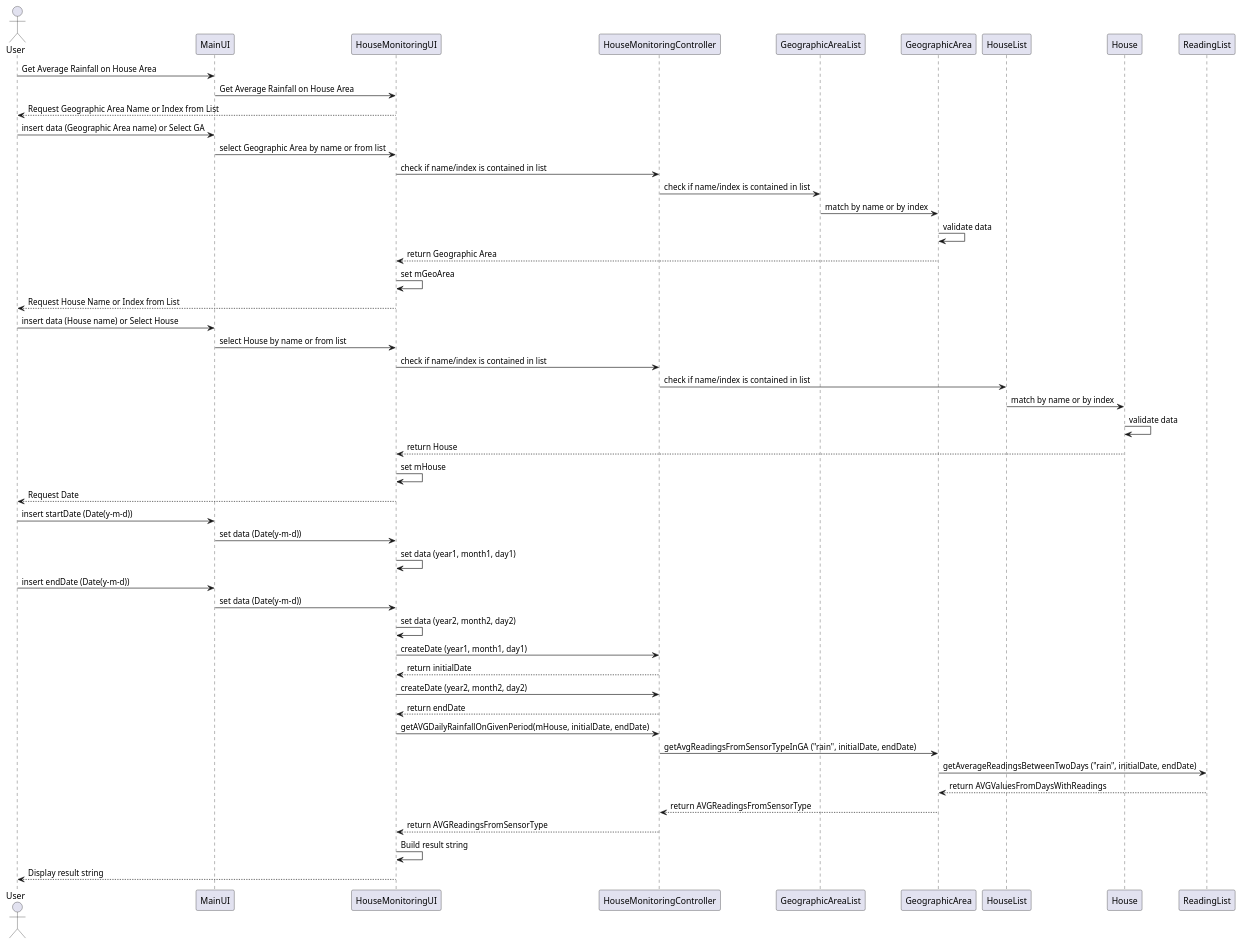
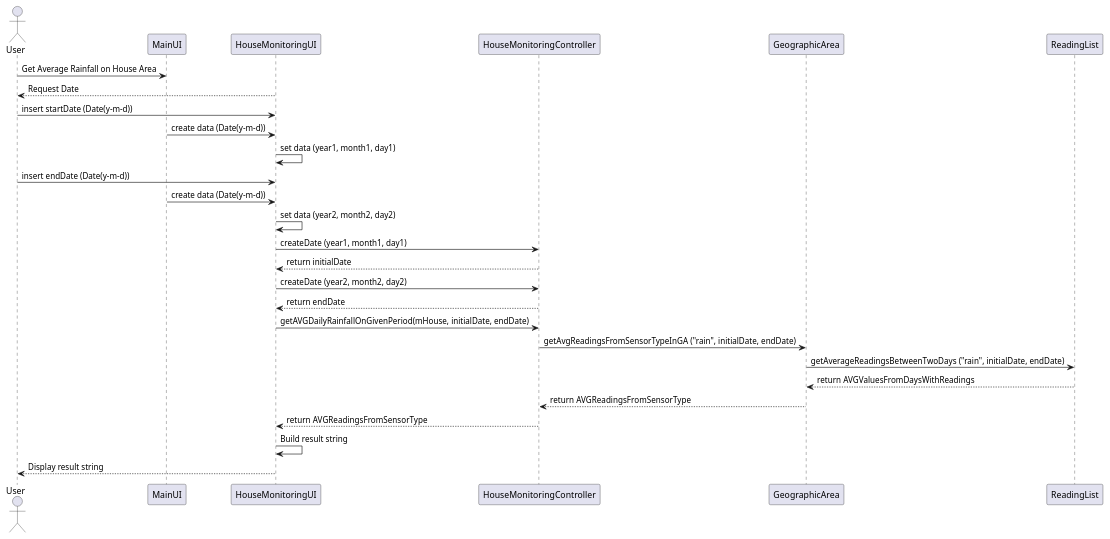
One commit to Almadanmp/project changed the diagram in uml/US623.puml. Above: the diagram before and after it, drawn with PlantUML. The commit also changed 4 other files, not shown here.

```diff
--- a/uml/US623.puml
+++ b/uml/US623.puml
@@ -1,42 +1,23 @@
 @startuml
 actor User
 User -> MainUI: Get Average Rainfall on House Area
-MainUI -> HouseMonitoringUI: Get Average Rainfall on House Area
-HouseMonitoringUI --> User: Request Geographic Area Name or Index from List
-User -> MainUI: insert data (Geographic Area name) or Select GA
-MainUI -> HouseMonitoringUI: select Geographic Area by name or from list
-HouseMonitoringUI ->HouseMonitoringController: check if name/index is contained in list
-HouseMonitoringController -> GeographicAreaList: check if name/index is contained in list
-GeographicAreaList -> GeographicArea: match by name or by index
-GeographicArea -> GeographicArea: validate data
-GeographicArea --> HouseMonitoringUI: return Geographic Area
-HouseMonitoringUI -> HouseMonitoringUI: set mGeoArea
-HouseMonitoringUI --> User: Request House Name or Index from List
-User -> MainUI: insert data (House name) or Select House
-MainUI -> HouseMonitoringUI: select House by name or from list
-HouseMonitoringUI -> HouseMonitoringController: check if name/index is contained in list
-HouseMonitoringController -> HouseList: check if name/index is contained in list
-HouseList -> House: match by name or by index
-House -> House: validate data
-House --> HouseMonitoringUI: return House
-HouseMonitoringUI -> HouseMonitoringUI: set mHouse
 HouseMonitoringUI --> User: Request Date
-User -> MainUI: insert startDate (Date(y-m-d))
-MainUI -> HouseMonitoringUI: set data (Date(y-m-d))
+User -> HouseMonitoringUI: insert startDate (Date(y-m-d))
+MainUI -> HouseMonitoringUI: create data (Date(y-m-d))
 HouseMonitoringUI -> HouseMonitoringUI: set data (year1, month1, day1)
-User -> MainUI: insert endDate (Date(y-m-d))
-MainUI -> HouseMonitoringUI: set data (Date(y-m-d))
+User -> HouseMonitoringUI: insert endDate (Date(y-m-d))
+MainUI -> HouseMonitoringUI: create data (Date(y-m-d))
 HouseMonitoringUI -> HouseMonitoringUI: set data (year2, month2, day2)
 HouseMonitoringUI -> HouseMonitoringController: createDate (year1, month1, day1)
 HouseMonitoringController --> HouseMonitoringUI: return initialDate
 HouseMonitoringUI -> HouseMonitoringController: createDate (year2, month2, day2)
 HouseMonitoringController --> HouseMonitoringUI: return endDate
 HouseMonitoringUI -> HouseMonitoringController: getAVGDailyRainfallOnGivenPeriod(mHouse, initialDate, endDate)
 HouseMonitoringController -> GeographicArea: getAvgReadingsFromSensorTypeInGA ("rain", initialDate, endDate)
 GeographicArea -> ReadingList: getAverageReadingsBetweenTwoDays ("rain", initialDate, endDate)
 ReadingList --> GeographicArea: return AVGValuesFromDaysWithReadings
 GeographicArea --> HouseMonitoringController: return AVGReadingsFromSensorType
 HouseMonitoringController -->  HouseMonitoringUI: return AVGReadingsFromSensorType
 HouseMonitoringUI -> HouseMonitoringUI: Build result string
 HouseMonitoringUI -->User: Display result string
 @enduml
```
